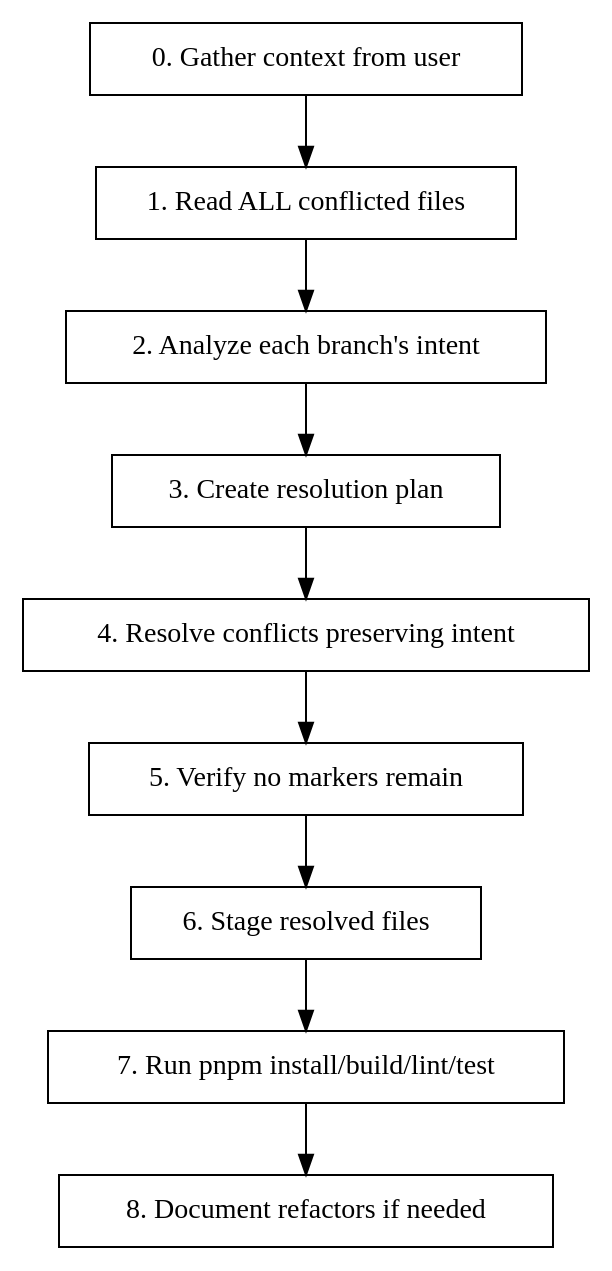
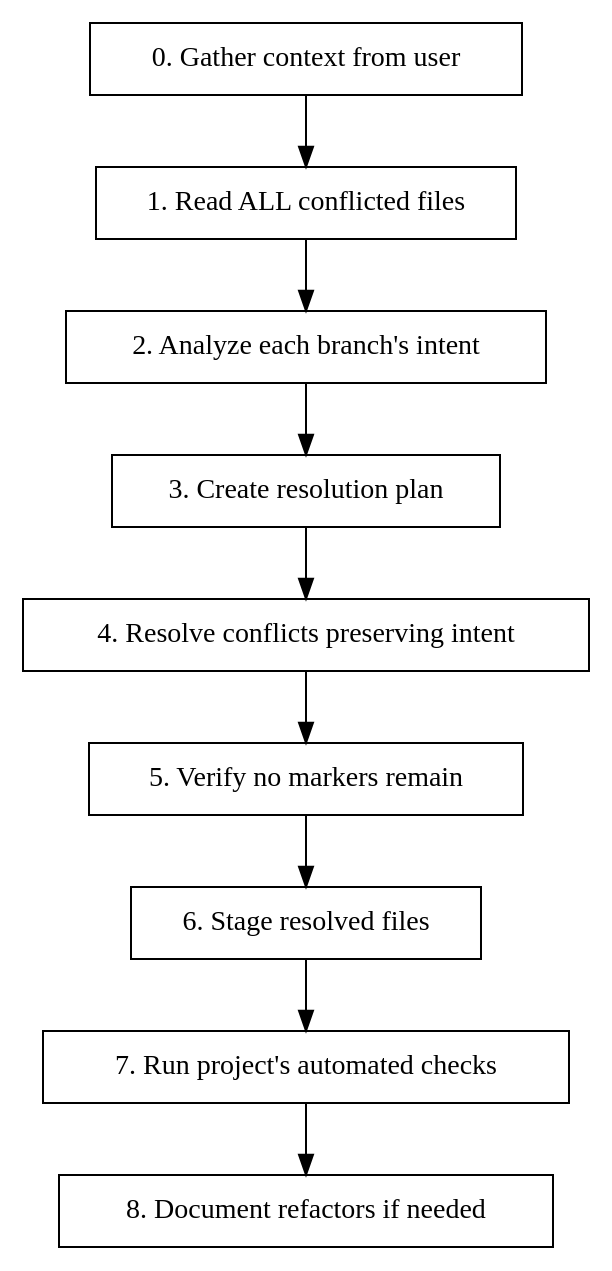
Before and after one commit to kadkins4/claude-config-public: the second of 2 diagrams in commands/resolving-merge-conflicts.md, drawn with Graphviz. The commit also changed other lines of this file and 20 other files, not shown here.

````diff
--- a/commands/resolving-merge-conflicts.md
+++ b/commands/resolving-merge-conflicts.md
@@ -39,24 +39,24 @@
 ```dot
 digraph workflow {
     rankdir=TB;
 
     "0. Gather context from user" [shape=box];
     "1. Read ALL conflicted files" [shape=box];
     "2. Analyze each branch's intent" [shape=box];
     "3. Create resolution plan" [shape=box];
     "4. Resolve conflicts preserving intent" [shape=box];
     "5. Verify no markers remain" [shape=box];
     "6. Stage resolved files" [shape=box];
-    "7. Run pnpm install/build/lint/test" [shape=box];
+    "7. Run project's automated checks" [shape=box];
     "8. Document refactors if needed" [shape=box];
 
     "0. Gather context from user" -> "1. Read ALL conflicted files";
     "1. Read ALL conflicted files" -> "2. Analyze each branch's intent";
     "2. Analyze each branch's intent" -> "3. Create resolution plan";
     "3. Create resolution plan" -> "4. Resolve conflicts preserving intent";
     "4. Resolve conflicts preserving intent" -> "5. Verify no markers remain";
     "5. Verify no markers remain" -> "6. Stage resolved files";
-    "6. Stage resolved files" -> "7. Run pnpm install/build/lint/test";
-    "7. Run pnpm install/build/lint/test" -> "8. Document refactors if needed";
+    "6. Stage resolved files" -> "7. Run project's automated checks";
+    "7. Run project's automated checks" -> "8. Document refactors if needed";
 }
 ```
````
